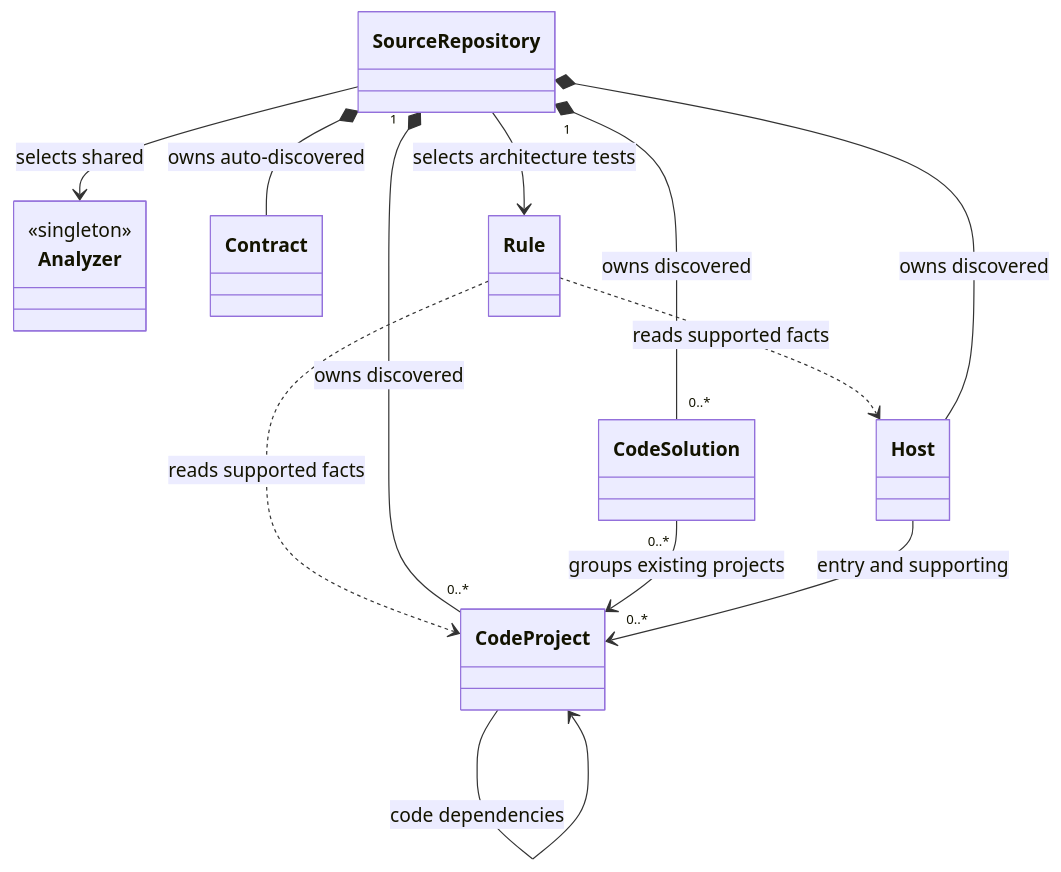
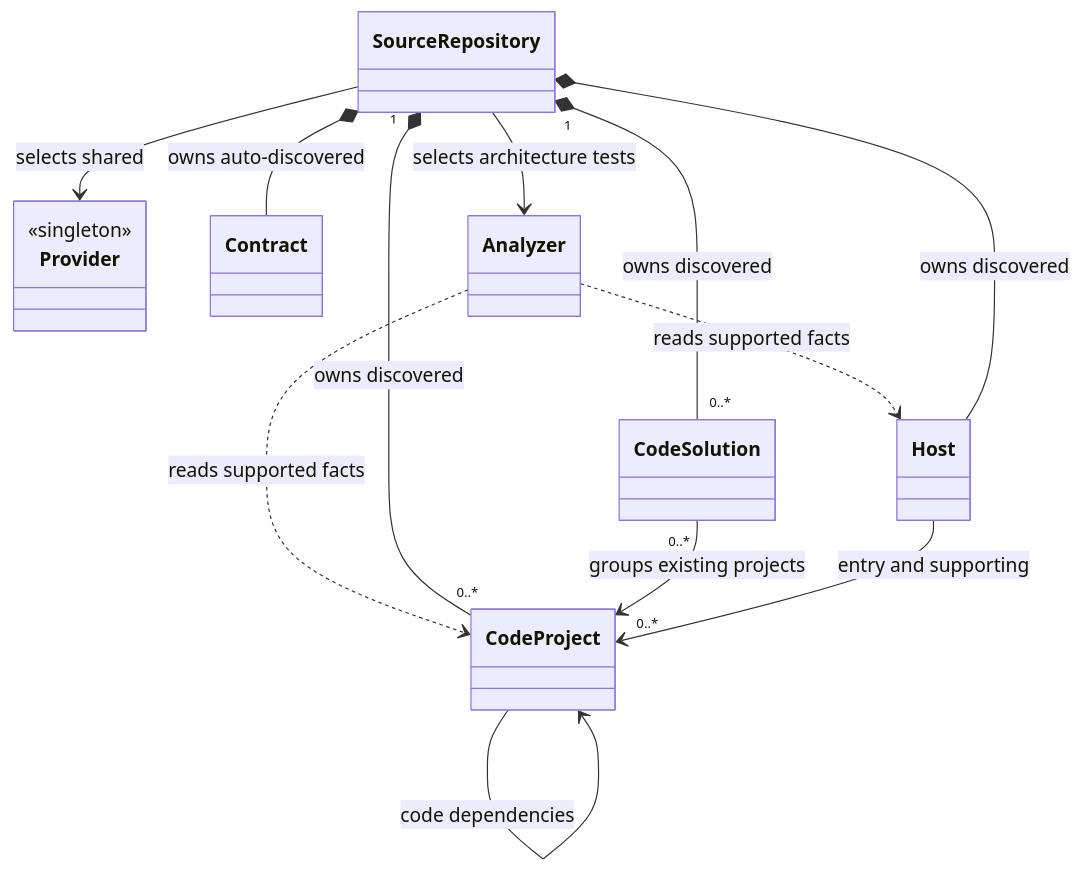
The third of 7 diagrams in src/HomeBlaze/HomeBlaze/Data/Files/Docs/ArchDocs/subject-model.md (RicoSuter/Namotion.Interceptor), drawn with Mermaid before and after one commit. The commit also changed other lines of this file and 66 other files, not shown here.

````diff
--- a/src/HomeBlaze/HomeBlaze/Data/Files/Docs/ArchDocs/subject-model.md
+++ b/src/HomeBlaze/HomeBlaze/Data/Files/Docs/ArchDocs/subject-model.md
@@ -92,24 +92,24 @@
 ```mermaid
 classDiagram
     class SourceRepository
-    class Analyzer {
+    class Provider {
         <<singleton>>
     }
     class CodeSolution
     class CodeProject
     class Host
     class Contract
-    class Rule
+    class Analyzer
 
-    SourceRepository --> Analyzer : selects shared
-    SourceRepository --> Rule : selects architecture tests
-    Rule ..> CodeProject : reads supported facts
-    Rule ..> Host : reads supported facts
+    SourceRepository --> Provider : selects shared
+    SourceRepository --> Analyzer : selects architecture tests
+    Analyzer ..> CodeProject : reads supported facts
+    Analyzer ..> Host : reads supported facts
     SourceRepository "1" *-- "0..*" CodeSolution : owns discovered
     SourceRepository "1" *-- "0..*" CodeProject : owns discovered
     SourceRepository *-- Host : owns discovered
     SourceRepository *-- Contract : owns auto-discovered
     CodeSolution "0..*" --> "0..*" CodeProject : groups existing projects
     CodeProject --> CodeProject : code dependencies
     Host --> CodeProject : entry and supporting
 ```
````
